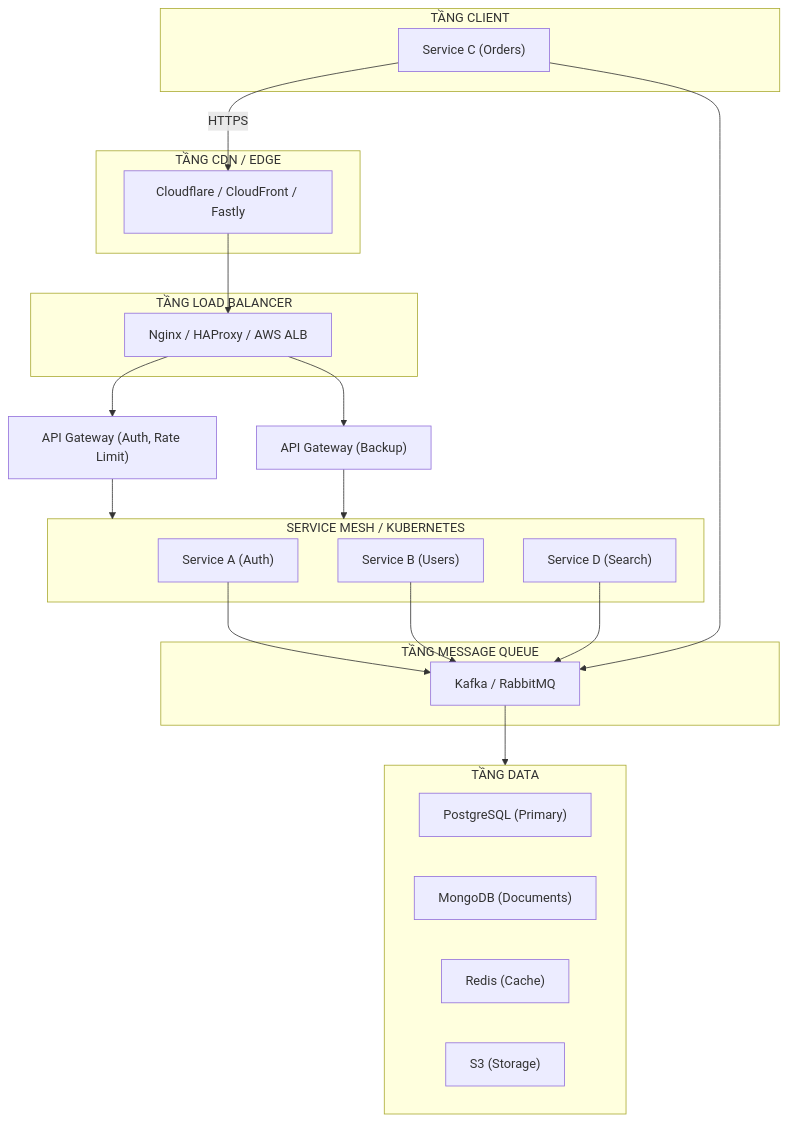
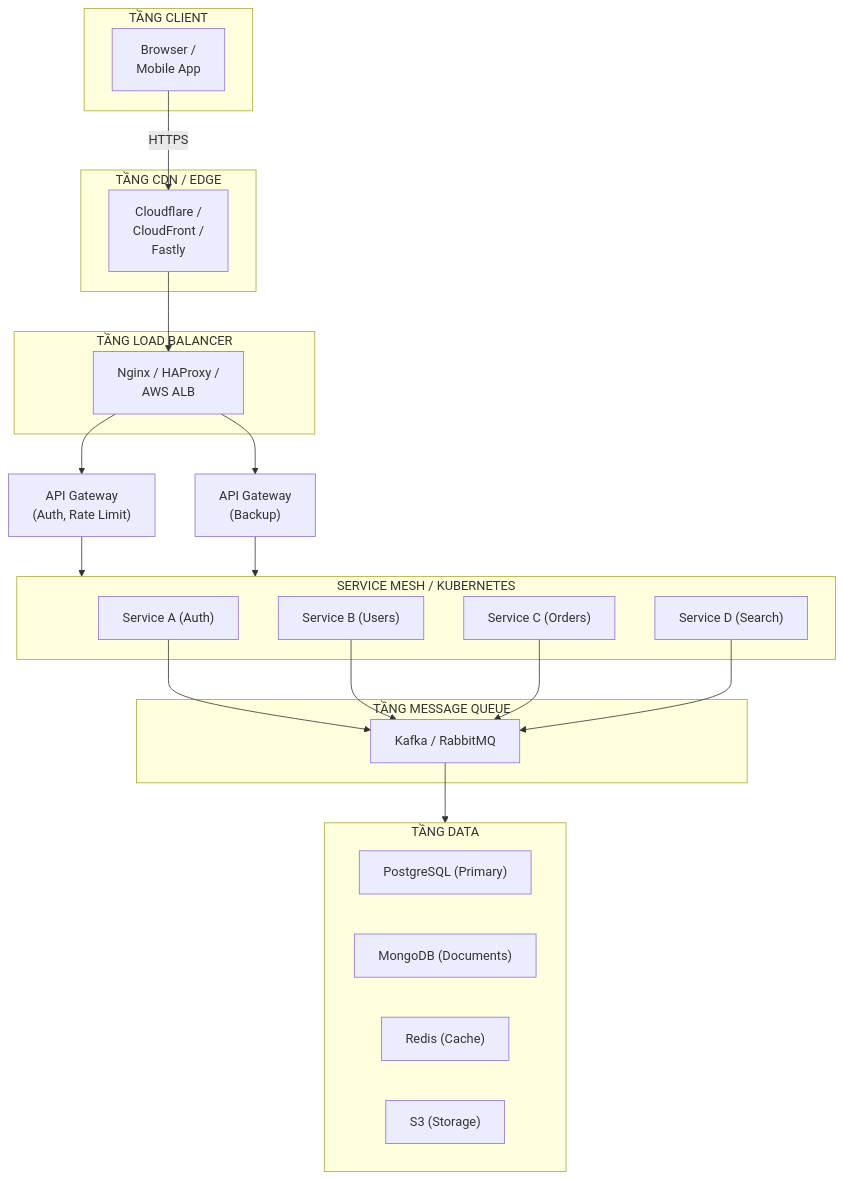
Before and after one commit to Mrnobody102/it-interview-prep: the diagram in src/content/vi/he-thong/production-app-architecture.md, drawn with Mermaid. The commit also changed other lines of this file and 62 other files, not shown here.

````diff
--- a/src/content/vi/he-thong/production-app-architecture.md
+++ b/src/content/vi/he-thong/production-app-architecture.md
@@ -9,40 +5,40 @@
 ```mermaid
 flowchart TD
     subgraph CL["TẦNG CLIENT"]
-        C["Browser / Mobile App"]
+        C_CLIENT["Browser /<br>Mobile App"]
     end
-    C -->|HTTPS| CDN_EDGE
+    C_CLIENT -->|HTTPS| CDN_EDGE
     subgraph CDN["TẦNG CDN / EDGE"]
-        CDN_EDGE["Cloudflare / CloudFront / Fastly"]
+        CDN_EDGE["Cloudflare /<br>CloudFront /<br>Fastly"]
     end
     CDN_EDGE --> LB
     subgraph LB_LAYER["TẦNG LOAD BALANCER"]
-        LB["Nginx / HAProxy / AWS ALB"]
+        LB["Nginx / HAProxy /<br>AWS ALB"]
     end
     LB --> AG1
     LB --> AG2
-    AG1["API Gateway (Auth, Rate Limit)"]
-    AG2["API Gateway (Backup)"]
+    AG1["API Gateway<br>(Auth, Rate Limit)"]
+    AG2["API Gateway<br>(Backup)"]
     AG1 --> SM
     AG2 --> SM
     subgraph SM["SERVICE MESH / KUBERNETES"]
-        A["Service A (Auth)"]
-        B["Service B (Users)"]
-        C["Service C (Orders)"]
-        D["Service D (Search)"]
+        SVC_A["Service A (Auth)"]
+        SVC_B["Service B (Users)"]
+        SVC_C["Service C (Orders)"]
+        SVC_D["Service D (Search)"]
     end
-    A --> MQ
-    B --> MQ
-    C --> MQ
-    D --> MQ
+    SVC_A --> MQ
+    SVC_B --> MQ
+    SVC_C --> MQ
+    SVC_D --> MQ
     subgraph MQ_LAYER["TẦNG MESSAGE QUEUE"]
         MQ["Kafka / RabbitMQ"]
     end
     MQ --> DL
     subgraph DL["TẦNG DATA"]
         PG["PostgreSQL (Primary)"]
         MG["MongoDB (Documents)"]
         RD["Redis (Cache)"]
         S3["S3 (Storage)"]
     end
 ```
````
